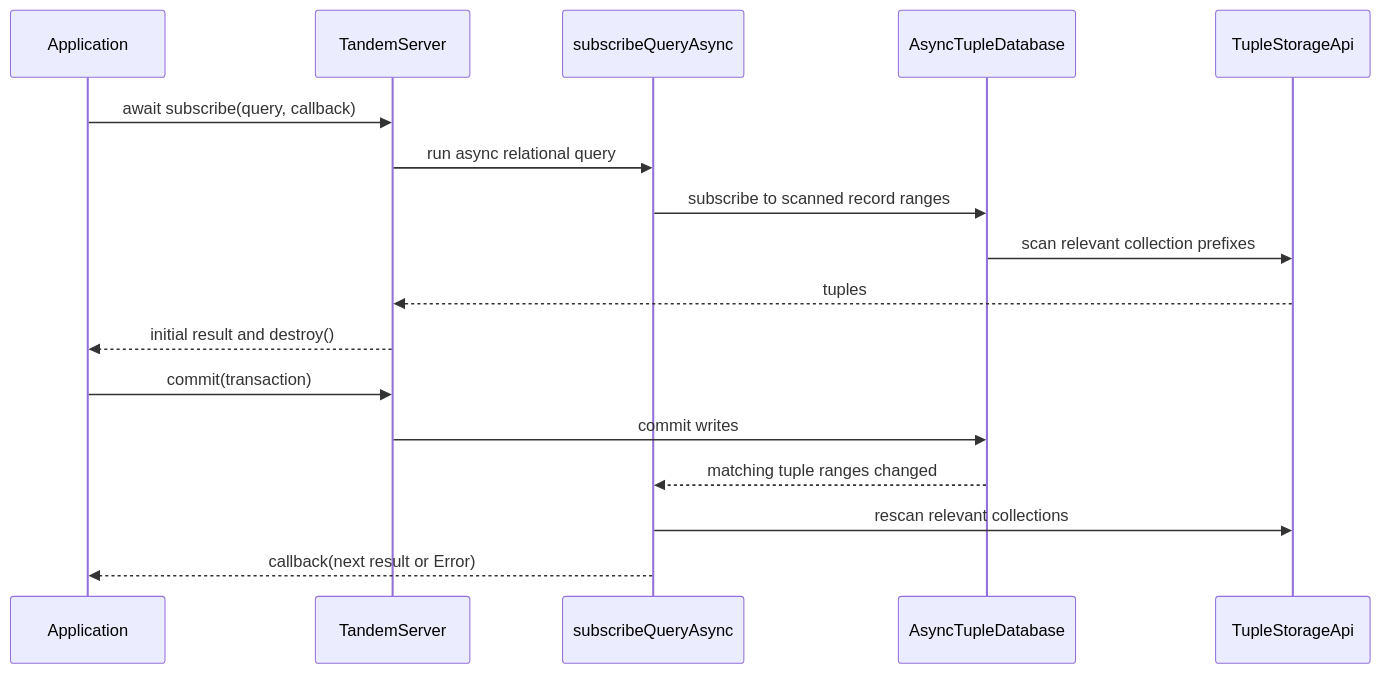
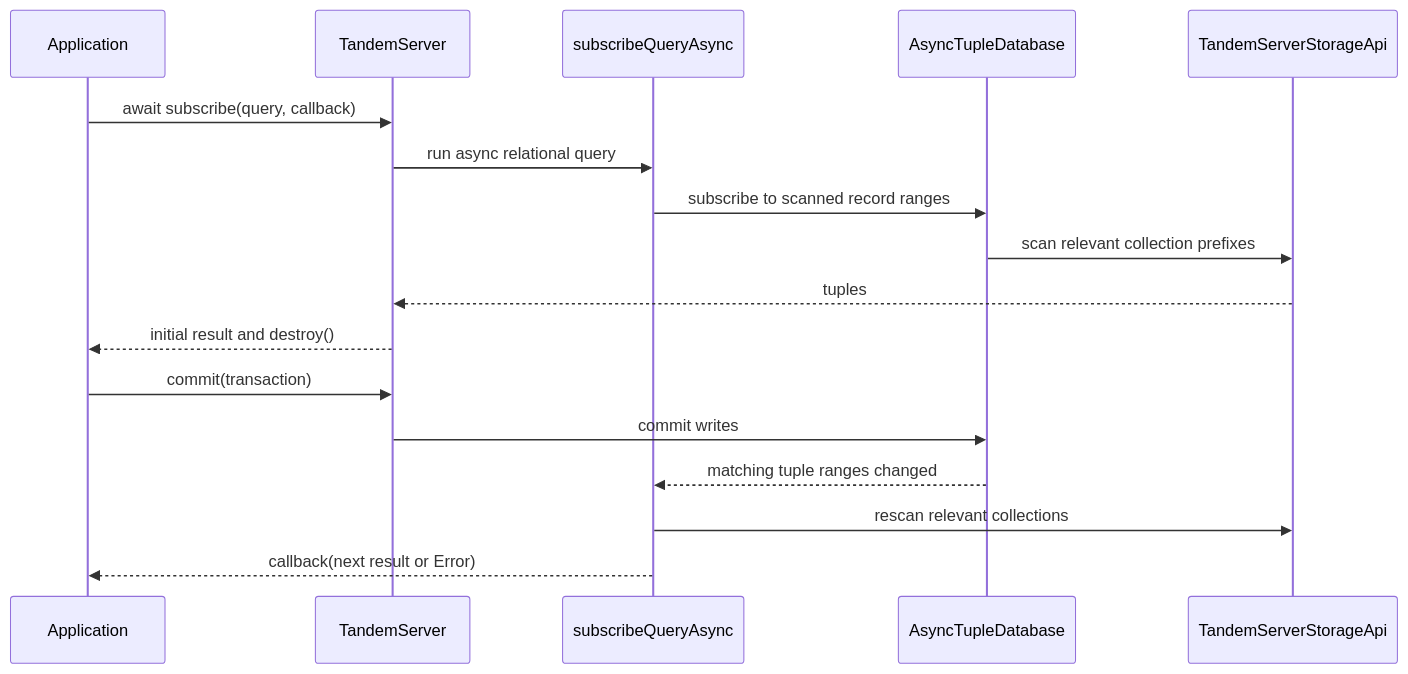
The fourth of 4 diagrams in specs/tandem-server-tuple-storage.md (tanishqkancharla/tandem), drawn with Mermaid before and after one commit. The commit also changed other lines of this file and 36 other files, not shown here.

Commit message:
Implement typed TandemServer storage

````diff
--- a/specs/tandem-server-tuple-storage.md
+++ b/specs/tandem-server-tuple-storage.md
@@ -70,20 +70,20 @@
 ```mermaid
 sequenceDiagram
     participant A as Application
     participant S as TandemServer
     participant SQ as subscribeQueryAsync
     participant D as AsyncTupleDatabase
-    participant P as TupleStorageApi
+    participant P as TandemServerStorageApi
 
     A->>S: await subscribe(query, callback)
     S->>SQ: run async relational query
     SQ->>D: subscribe to scanned record ranges
     D->>P: scan relevant collection prefixes
     P-->>S: tuples
     S-->>A: initial result and destroy()
     A->>S: commit(transaction)
     S->>D: commit writes
     D-->>SQ: matching tuple ranges changed
     SQ->>P: rescan relevant collections
     SQ-->>A: callback(next result or Error)
 ```
````
